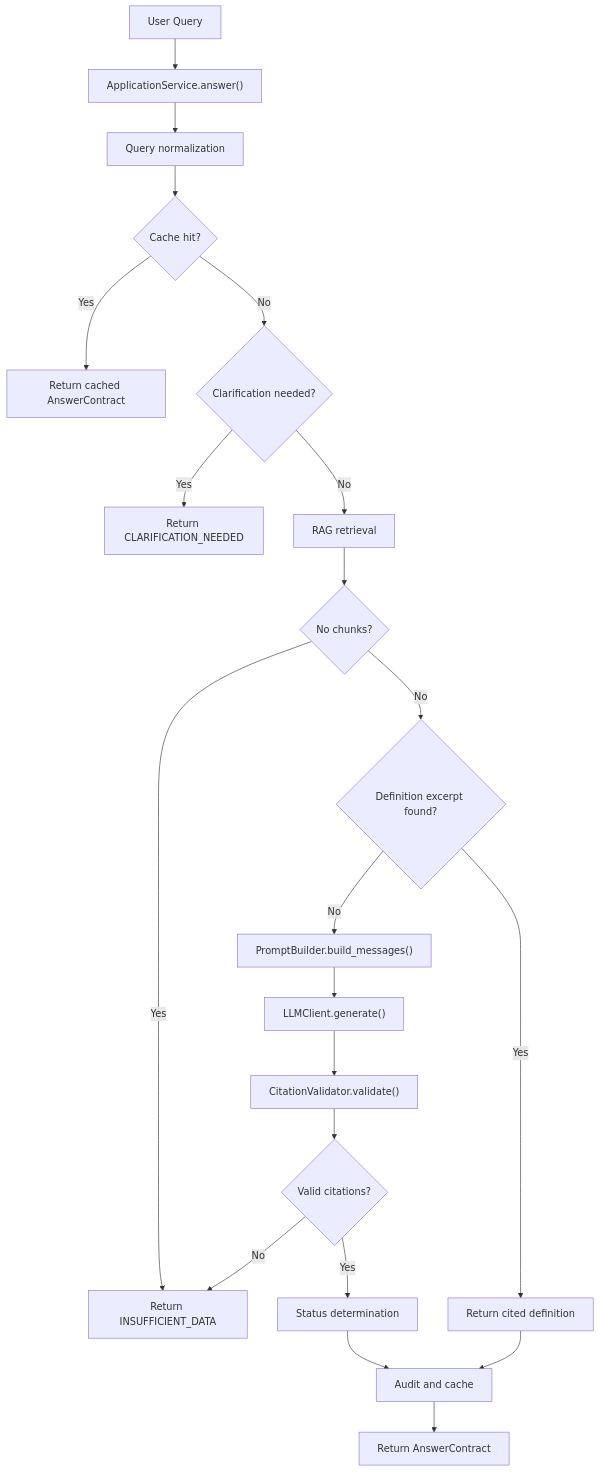
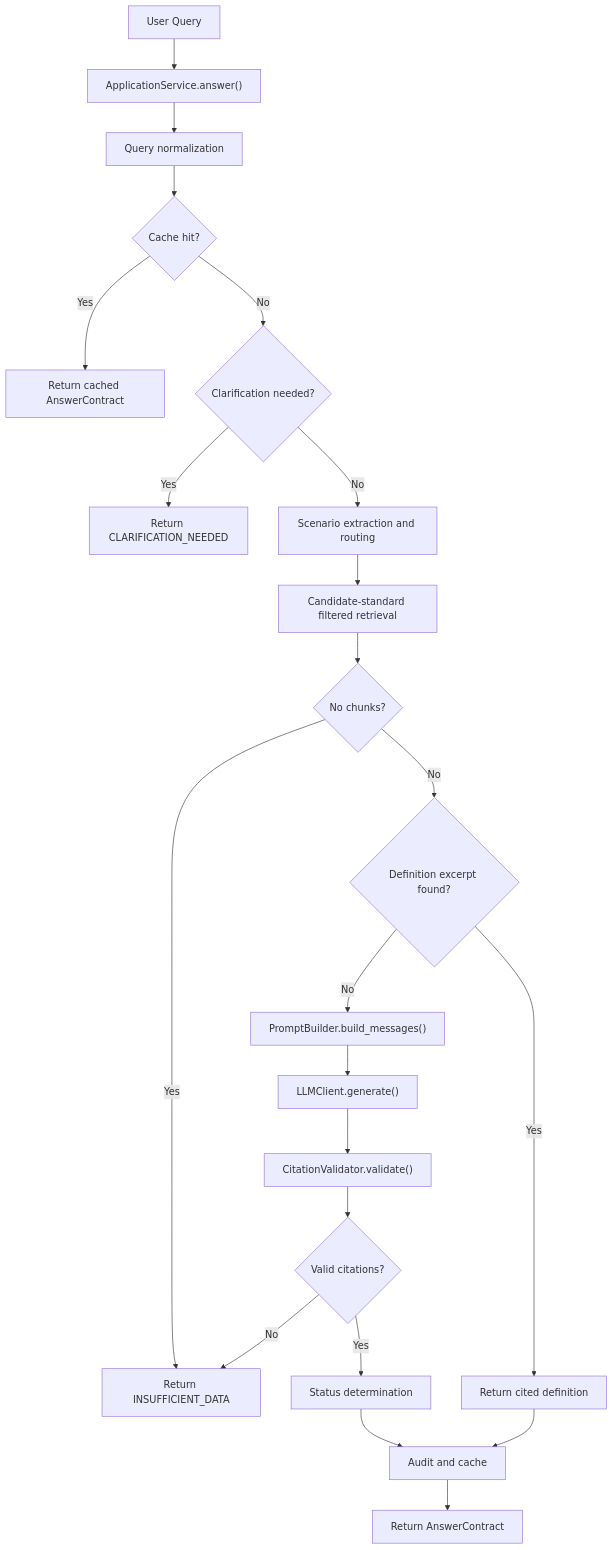
One commit to AhmedTElKodsh/Mushir-Sharia-Bot changed the second of 2 diagrams in .planning/sharia-compliance-chatbot/docs/chatbot-architecture.md. Above: the diagram before and after it, drawn with Mermaid. The commit also changed other lines of this file and 42 other files, not shown here.

````diff
--- a/.planning/sharia-compliance-chatbot/docs/chatbot-architecture.md
+++ b/.planning/sharia-compliance-chatbot/docs/chatbot-architecture.md
@@ -238,23 +263,24 @@
 ```mermaid
 flowchart TD
     A["User Query"] --> B["ApplicationService.answer()"]
     B --> C["Query normalization"]
     C --> D{"Cache hit?"}
     D -- "Yes" --> E["Return cached AnswerContract"]
     D -- "No" --> F{"Clarification needed?"}
     F -- "Yes" --> G["Return CLARIFICATION_NEEDED"]
-    F -- "No" --> H["RAG retrieval"]
-    H --> I{"No chunks?"}
+    F -- "No" --> H["Scenario extraction and routing"]
+    H --> V["Candidate-standard filtered retrieval"]
+    V --> I{"No chunks?"}
     I -- "Yes" --> J["Return INSUFFICIENT_DATA"]
     I -- "No" --> K{"Definition excerpt found?"}
     K -- "Yes" --> L["Return cited definition"]
     K -- "No" --> M["PromptBuilder.build_messages()"]
     M --> N["LLMClient.generate()"]
     N --> O["CitationValidator.validate()"]
     O --> P{"Valid citations?"}
     P -- "No" --> J
     P -- "Yes" --> Q["Status determination"]
     Q --> R["Audit and cache"]
     L --> R
     R --> S["Return AnswerContract"]
 ```
````
